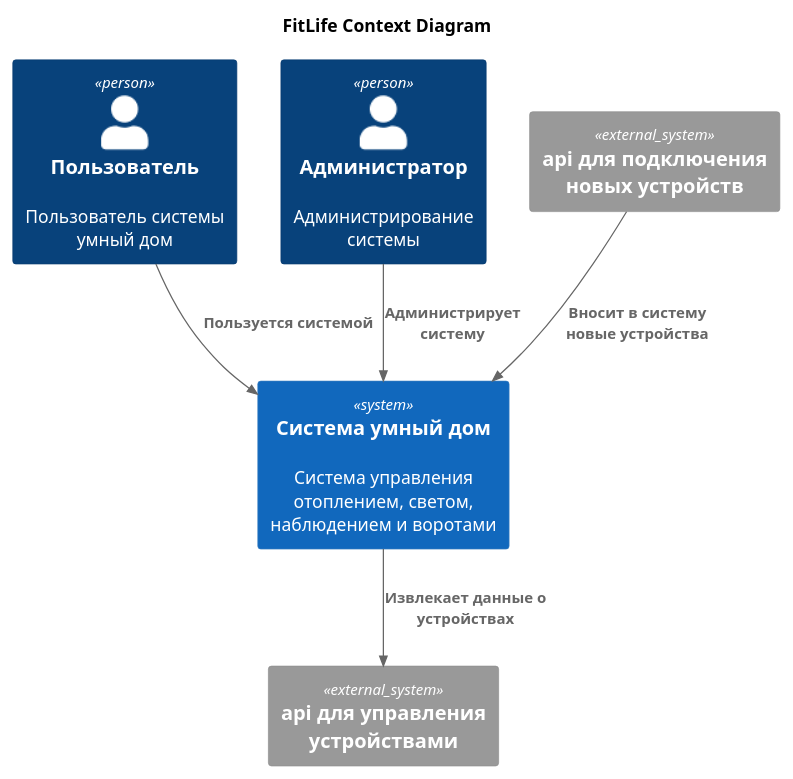
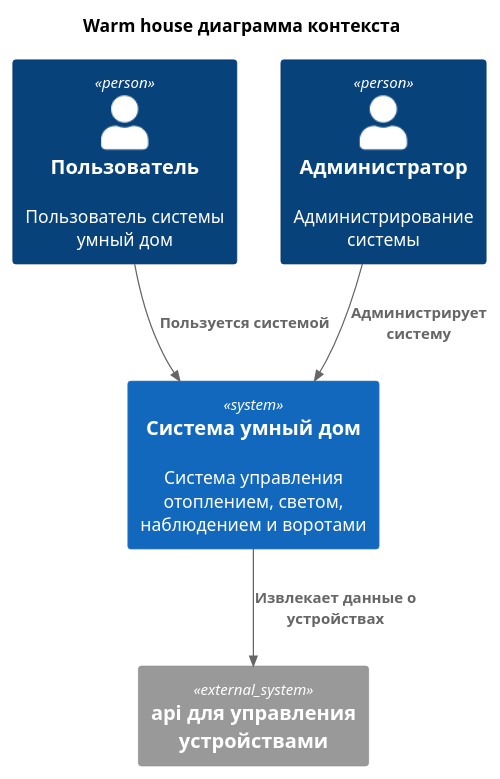
One commit to Sorfol/architecture-pro-warmhouse changed the diagram in diagrams/context/warm_house_context.puml. Above: the diagram before and after it, drawn with PlantUML. The commit also changed 3 other files, not shown here.

Commit message:
added diagrams

```diff
--- a/diagrams/context/warm_house_context.puml
+++ b/diagrams/context/warm_house_context.puml
@@ -1,21 +1,19 @@
 @startuml
-title FitLife Context Diagram
+title Warm house диаграмма контекста
 
 top to bottom direction
 
 !include ../templates/C4_Component.puml
 
 Person(user, "Пользователь", "Пользователь системы умный дом")
 Person(admin, "Администратор", "Администрирование системы")
 
 System(WarmHouseSystem, "Система умный дом", "Система управления отоплением, светом, наблюдением и воротами")
 
 System_Ext(DeviceManagementApi, "api для управления устройствами")
-System_Ext(DeviceConnectingApi, "api для подключения новых устройств")
 
 Rel(user, WarmHouseSystem, "Пользуется системой")
 Rel(admin,WarmHouseSystem,"Администрирует систему")
 Rel(WarmHouseSystem,DeviceManagementApi,"Извлекает данные о устройствах")
-Rel(DeviceConnectingApi, WarmHouseSystem,"Вносит в систему новые устройства")
 
 @enduml
```
